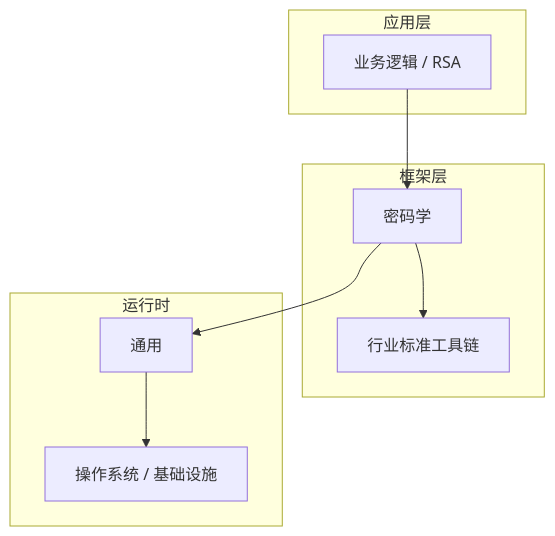
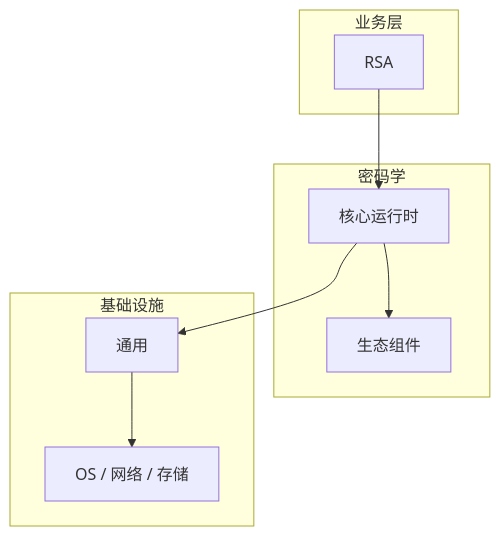
The diagram in articles/密码学/chapters/026-RSA核心概念与原理.md (yanggan2015/knowledge-json-v2), drawn with Mermaid before and after one commit. The commit also changed other lines of this file and 10127 other files, not shown here.

````diff
--- a/articles/密码学/chapters/026-RSA核心概念与原理.md
+++ b/articles/密码学/chapters/026-RSA核心概念与原理.md
@@ -46,18 +31,18 @@
 ```mermaid
 graph TB
-    subgraph 应用层
-        A[业务逻辑 / RSA]
+    subgraph 业务层
+        A[RSA]
     end
-    subgraph 框架层
-        B[密码学]
-        C[行业标准工具链]
+    subgraph 密码学
+        B[核心运行时]
+        C[生态组件]
     end
-    subgraph 运行时
+    subgraph 基础设施
         D[通用]
-        E[操作系统 / 基础设施]
+        E[OS / 网络 / 存储]
     end
     A --> B
     B --> C
     B --> D
     D --> E
 ```
````
